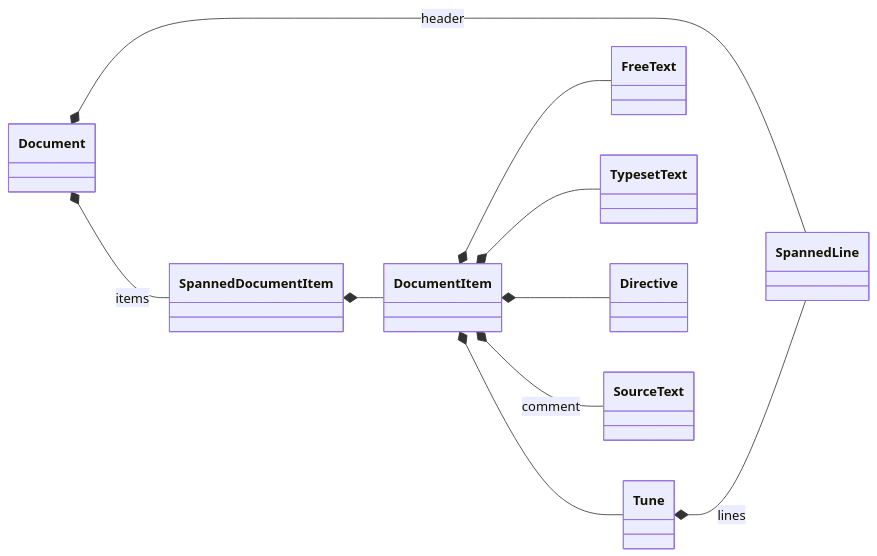
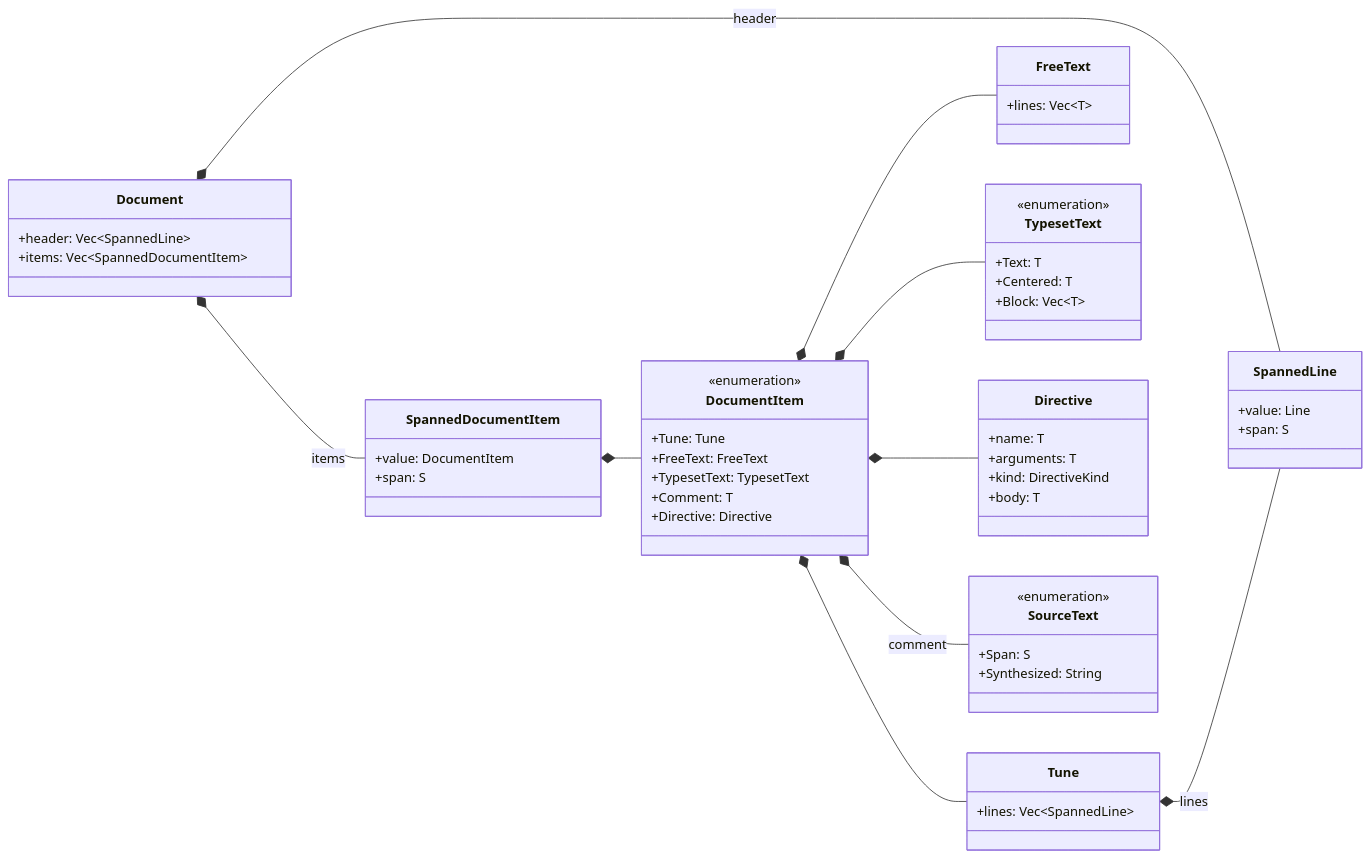
The fourth of 7 diagrams in docs/architecture.md (mauricebarnum/abc-parser), drawn with Mermaid before and after one commit. The commit also changed other lines of this file, not shown here.

First line of the commit message:
Add attributes to AST diagrams

````diff
--- a/docs/architecture.md
+++ b/docs/architecture.md
@@ -254,13 +256,56 @@
 ```mermaid
 classDiagram
     direction LR
+    class Document {
+        +header: Vec~SpannedLine~
+        +items: Vec~SpannedDocumentItem~
+    }
+    class SpannedDocumentItem {
+        +value: DocumentItem
+        +span: S
+    }
+    class DocumentItem {
+        <<enumeration>>
+        +Tune: Tune
+        +FreeText: FreeText
+        +TypesetText: TypesetText
+        +Comment: T
+        +Directive: Directive
+    }
+    class Tune {
+        +lines: Vec~SpannedLine~
+    }
+    class FreeText {
+        +lines: Vec~T~
+    }
+    class TypesetText {
+        <<enumeration>>
+        +Text: T
+        +Centered: T
+        +Block: Vec~T~
+    }
+    class Directive {
+        +name: T
+        +arguments: T
+        +kind: DirectiveKind
+        +body: T
+    }
+    class SourceText {
+        <<enumeration>>
+        +Span: S
+        +Synthesized: String
+    }
+    class SpannedLine {
+        +value: Line
+        +span: S
+    }
     Document *-- SpannedDocumentItem : items
     SpannedDocumentItem *-- DocumentItem
     DocumentItem *-- Tune
     DocumentItem *-- FreeText
     DocumentItem *-- TypesetText
     DocumentItem *-- Directive
     DocumentItem *-- SourceText : comment
     Document *-- SpannedLine : header
     Tune *-- SpannedLine : lines
 ```
````
